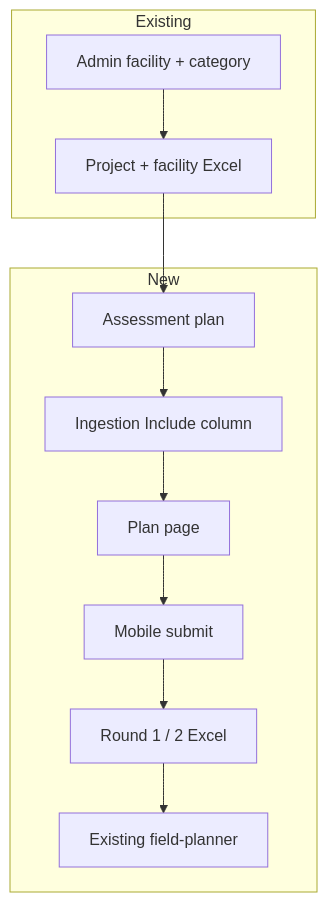
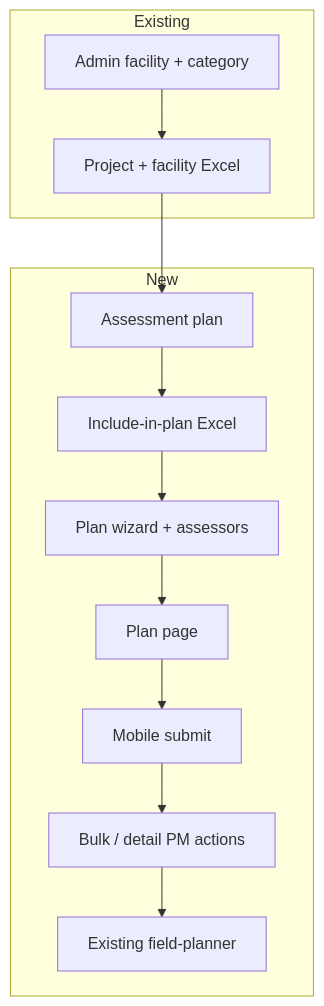
Before and after one commit to Selco-Foundation/E4H_Digital_Platform: the second of 8 diagrams in docs/assessment-module/ASSESSMENT_MODULE_LLD.md, drawn with Mermaid. The commit also changed other lines of this file and 4 other files, not shown here.

````diff
--- a/docs/assessment-module/ASSESSMENT_MODULE_LLD.md
+++ b/docs/assessment-module/ASSESSMENT_MODULE_LLD.md
@@ -85,16 +228,17 @@
 ```mermaid
 flowchart TB
   subgraph DONE[Existing]
     ADM[Admin facility + category]
     PRJ[Project + facility Excel]
   end
   subgraph NEW[New]
     PLAN[Assessment plan]
-    INC[Ingestion Include column]
+    INC[Include-in-plan Excel]
     PAGE[Plan page]
     SUB[Mobile submit]
-    R1R2[Round 1 / 2 Excel]
+    WIZ[Plan wizard + assessors]
+    UI[Bulk / detail PM actions]
     FP[Existing field-planner]
   end
-  ADM --> PRJ --> PLAN --> INC --> PAGE --> SUB --> R1R2 --> FP
+  ADM --> PRJ --> PLAN --> INC --> WIZ --> PAGE --> SUB --> UI --> FP
 ```
````
